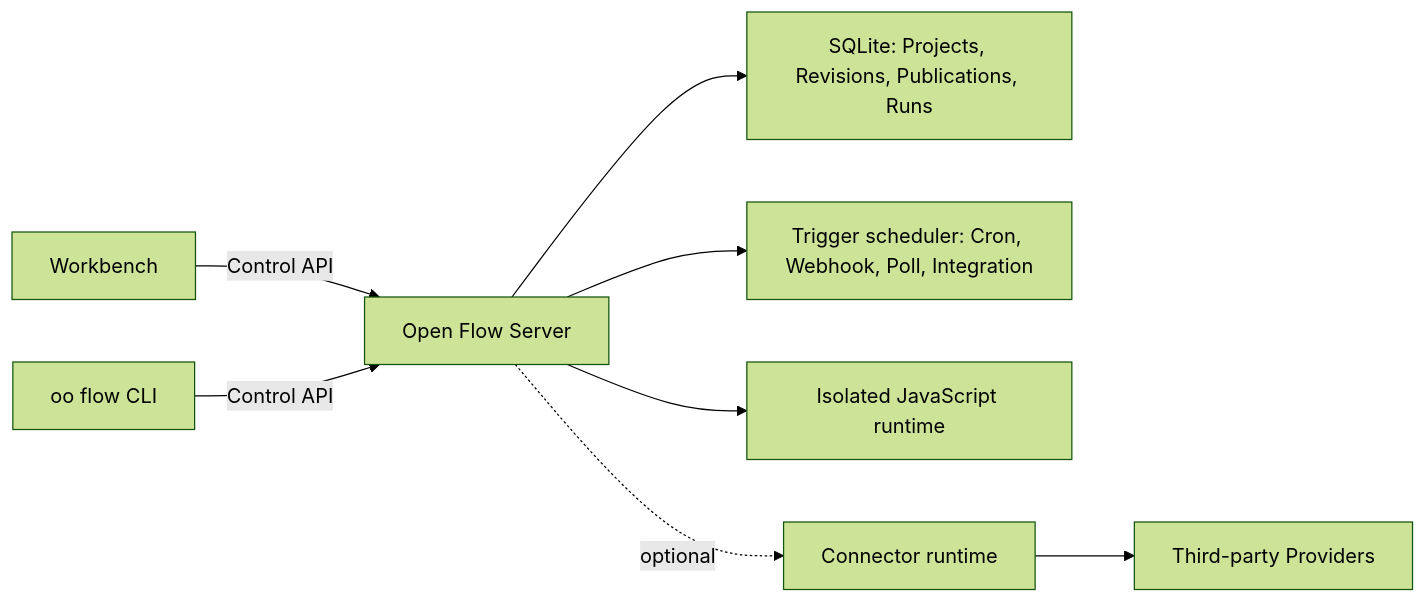
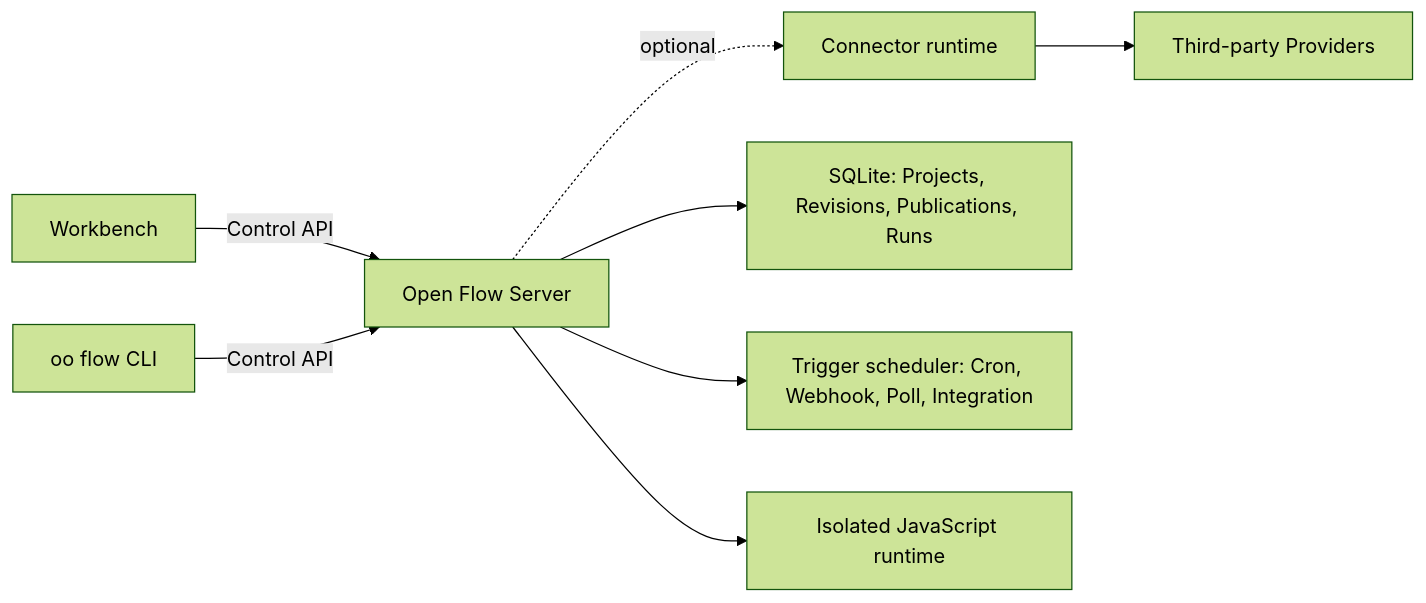
One commit to l1shen/open-flow-oomo-lab changed the diagram in README.md. Above: the diagram before and after it, drawn with Mermaid (forest theme). The commit also changed other lines of this file and 6 other files, not shown here.

First line of the commit message:
Fix README architecture diagram layout (#19)

````diff
--- a/README.md
+++ b/README.md
@@ -54,10 +54,10 @@
 ```mermaid
 flowchart LR
   Workbench["Workbench"] -->|"Control API"| Server["Open Flow Server"]
   CLI["oo flow CLI"] -->|"Control API"| Server
+  Server -. "optional" .-> Connector["Connector runtime"]
+  Connector --> Providers["Third-party Providers"]
   Server --> Store["SQLite: Projects, Revisions, Publications, Runs"]
   Server --> Triggers["Trigger scheduler: Cron, Webhook, Poll, Integration"]
   Server --> Runtime["Isolated JavaScript runtime"]
-  Server -. "optional" .-> Connector["Connector runtime"]
-  Connector --> Providers["Third-party Providers"]
 ```
````
